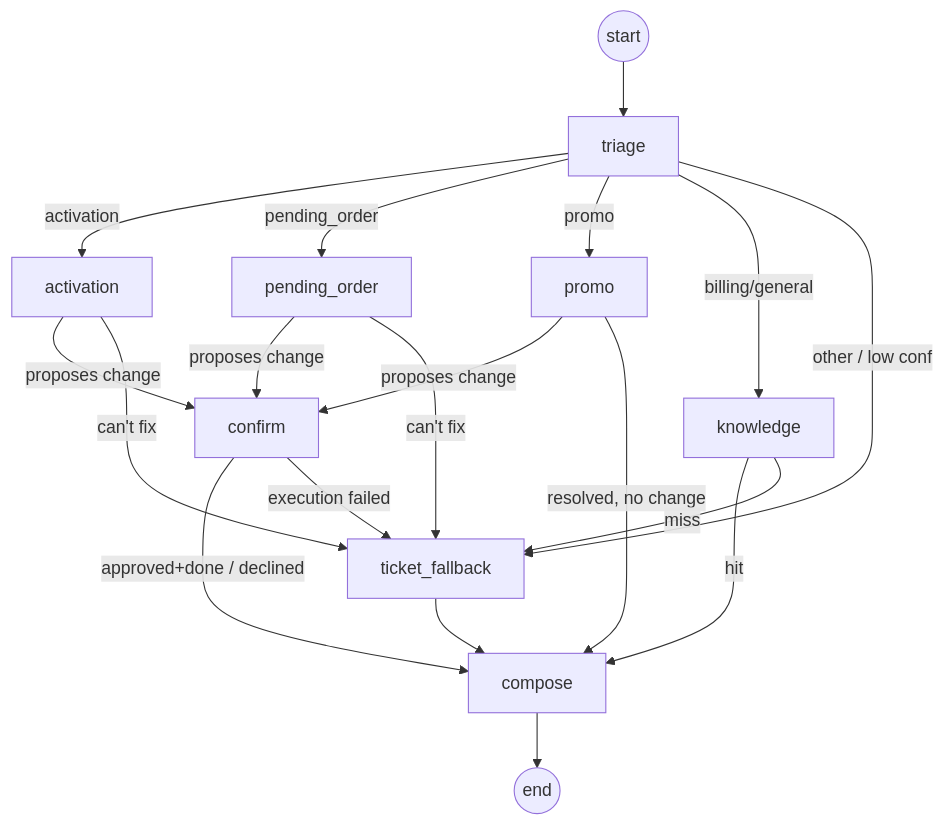
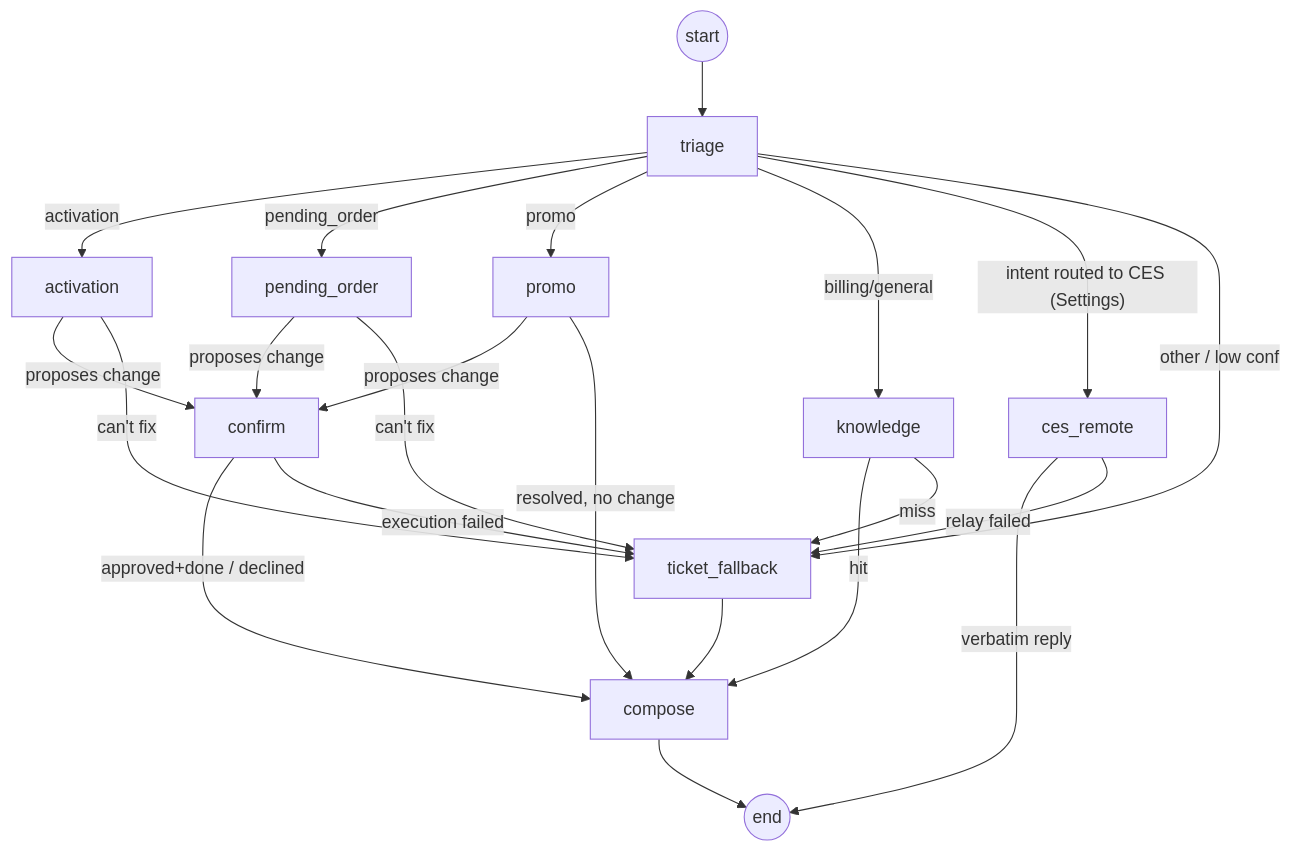
One commit to gmilhon/RepAssist changed the diagram in docs/02-langgraph-orchestration.md. Above: the diagram before and after it, drawn with Mermaid. The commit also changed other lines of this file and 5 other files, not shown here.

````diff
--- a/docs/02-langgraph-orchestration.md
+++ b/docs/02-langgraph-orchestration.md
@@ -31,21 +31,24 @@
 ```mermaid
 flowchart TD
     START((start)) --> triage
     triage -->|activation| activation
     triage -->|pending_order| pending_order
     triage -->|promo| promo
     triage -->|billing/general| knowledge
+    triage -->|"intent routed to CES (Settings)"| ces_remote
     triage -->|other / low conf| ticket_fallback
+    ces_remote -->|verbatim reply| END
+    ces_remote -->|relay failed| ticket_fallback
     activation -->|proposes change| confirm
     activation -->|can't fix| ticket_fallback
     pending_order -->|proposes change| confirm
     pending_order -->|can't fix| ticket_fallback
     promo -->|proposes change| confirm
     promo -->|resolved, no change| compose
     knowledge -->|hit| compose
     knowledge -->|miss| ticket_fallback
     confirm -->|approved+done / declined| compose
     confirm -->|execution failed| ticket_fallback
     ticket_fallback --> compose
     compose --> END((end))
 ```
````
